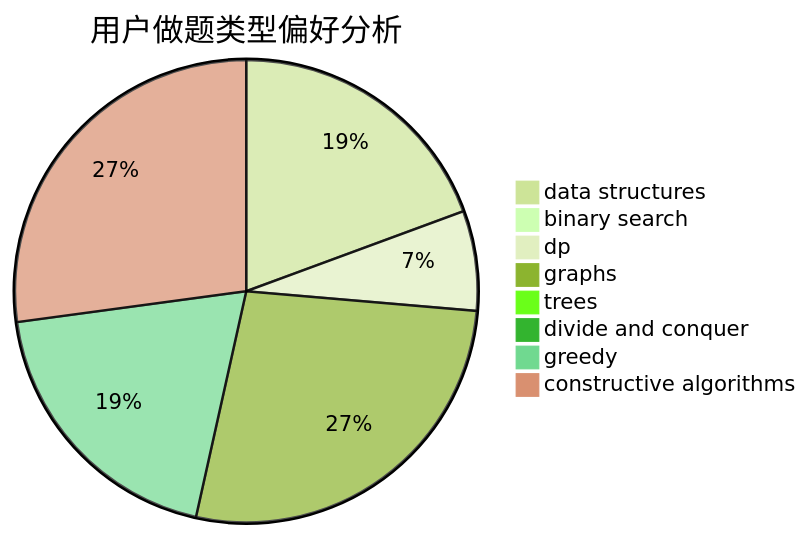
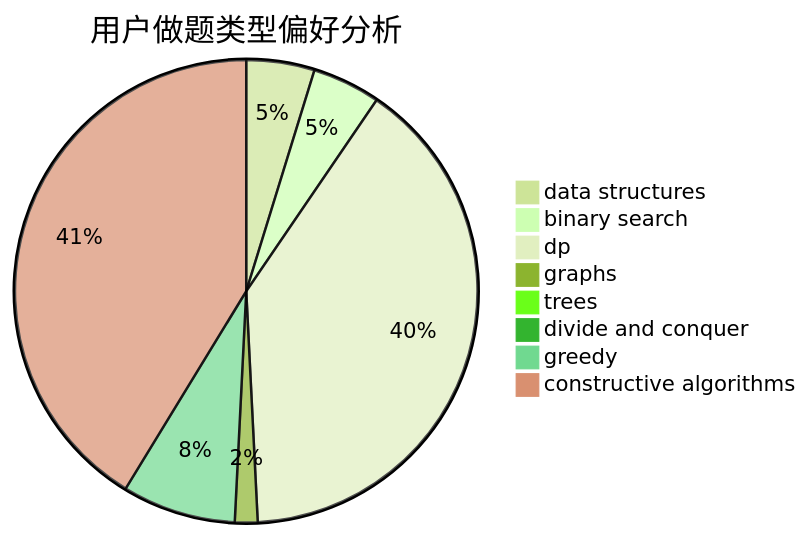
One commit to sherpahu/cfrs.github.io changed the second of 3 diagrams in docs/user/u1805.md. Above: the diagram before and after it, drawn with Mermaid (forest theme). The commit also changed other lines of this file and 2770 other files, not shown here.

````diff
--- a/docs/user/u1805.md
+++ b/docs/user/u1805.md
@@ -23,11 +23,11 @@
 ```mermaid
 pie title 用户做题类型偏好分析
-    "data structures" :  25
-    "binary search" :  1
-    "dp" :  9
-    "graphs" :  35
+    "data structures" :  3
+    "binary search" :  3
+    "dp" :  25
+    "graphs" :  1
     "trees" :  0
     "divide and conquer" :  0
-    "greedy" :  25
-    "constructive algorithms" :  35
+    "greedy" :  5
+    "constructive algorithms" :  26
 ```
````
